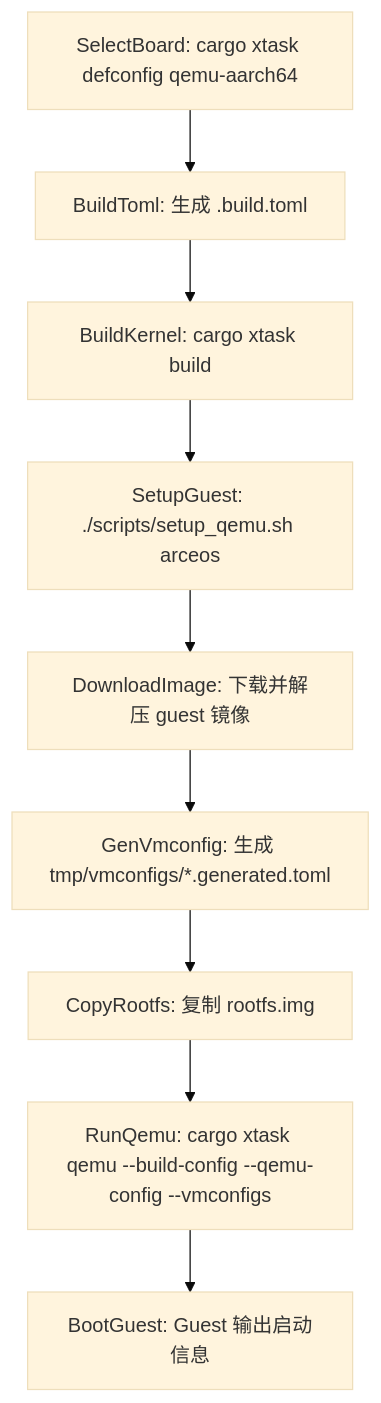
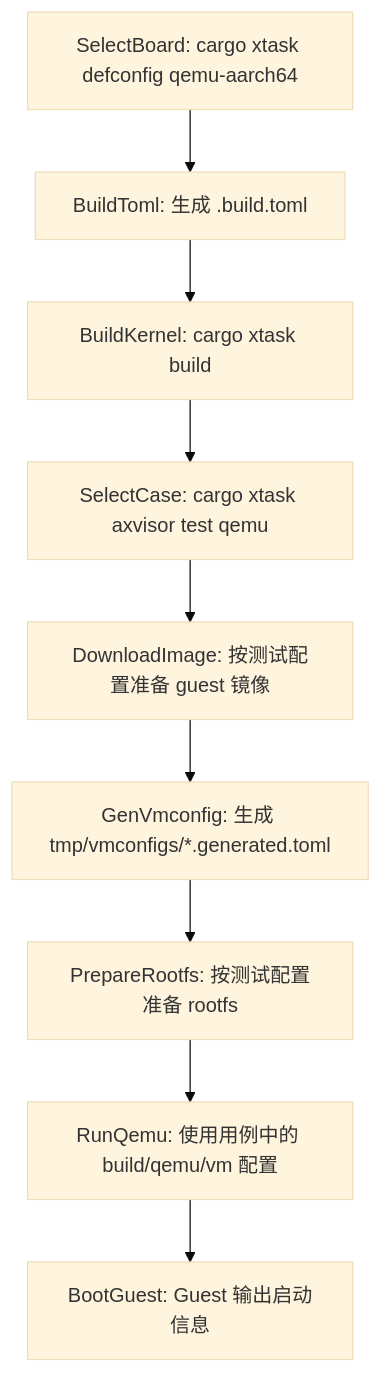
One commit to Dirinkbottle/tgoskits changed the second of 5 diagrams in docs/docs/architecture/axvisor/overview.md. Above: the diagram before and after it, drawn with Mermaid (base theme). The commit also changed other lines of this file and 58 other files, not shown here.

Commit message:
chore(axvisor): remove NimbOS guest, legacy CI, and standalone scripts (#1866)

````diff
--- a/docs/docs/architecture/axvisor/overview.md
+++ b/docs/docs/architecture/axvisor/overview.md
@@ -185,21 +185,21 @@
 ```mermaid
 flowchart TD
     selectBoard["SelectBoard: cargo xtask defconfig qemu-aarch64"]
     buildToml["BuildToml: 生成 .build.toml"]
     buildKernel["BuildKernel: cargo xtask build"]
-    setupGuest["SetupGuest: ./scripts/setup_qemu.sh arceos"]
-    downloadImage["DownloadImage: 下载并解压 guest 镜像"]
+    selectCase["SelectCase: cargo xtask axvisor test qemu"]
+    downloadImage["DownloadImage: 按测试配置准备 guest 镜像"]
     genVmconfig["GenVmconfig: 生成 tmp/vmconfigs/*.generated.toml"]
-    copyRootfs["CopyRootfs: 复制 rootfs.img"]
-    runQemu["RunQemu: cargo xtask qemu --build-config --qemu-config --vmconfigs"]
+    prepareRootfs["PrepareRootfs: 按测试配置准备 rootfs"]
+    runQemu["RunQemu: 使用用例中的 build/qemu/vm 配置"]
     bootGuest["BootGuest: Guest 输出启动信息"]
 
     selectBoard --> buildToml
     buildToml --> buildKernel
-    buildKernel --> setupGuest
-    setupGuest --> downloadImage
+    buildKernel --> selectCase
+    selectCase --> downloadImage
     downloadImage --> genVmconfig
-    genVmconfig --> copyRootfs
-    copyRootfs --> runQemu
+    genVmconfig --> prepareRootfs
+    prepareRootfs --> runQemu
     runQemu --> bootGuest
 ```
````
